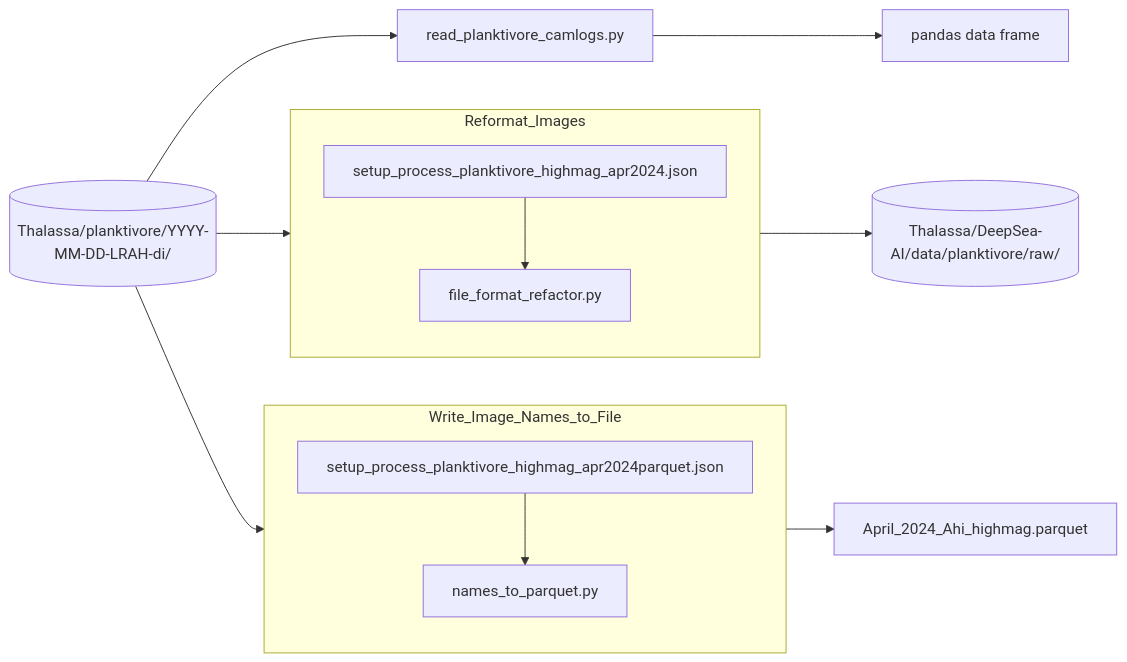
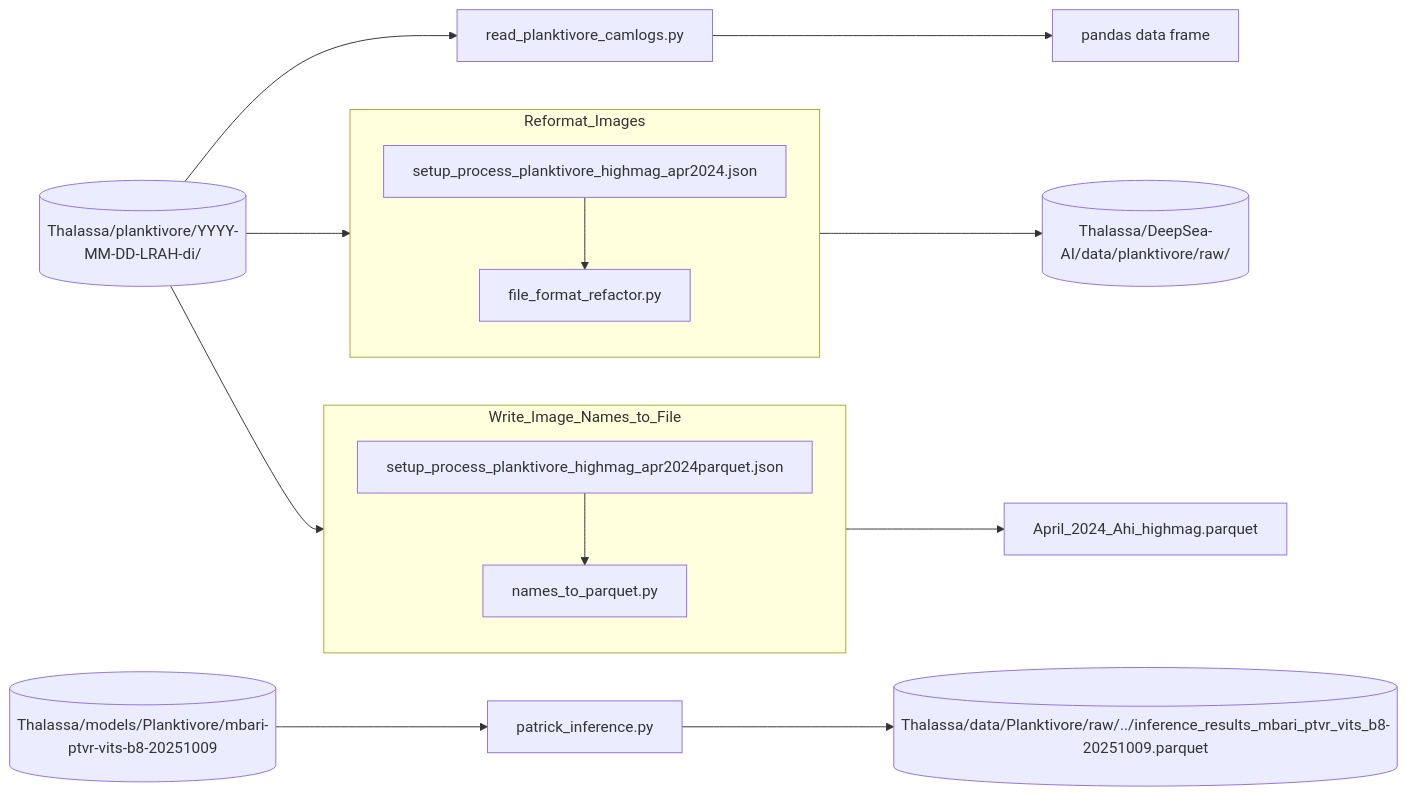
Before and after one commit to CeNCOOS/planktivore_processing_code: the diagram in mermaid.md, drawn with Mermaid.

Commit message:
added more to figure

````diff
--- a/mermaid.md
+++ b/mermaid.md
@@ -1,25 +1,29 @@
 ```mermaid
 flowchart LR
 
 I[(Thalassa/planktivore/YYYY-MM-DD-LRAH-di/)]
 J1[setup_process_planktivore_highmag_apr2024.json]
 P1[file_format_refactor.py]
 OI[(Thalassa/DeepSea-AI/data/planktivore/raw/)]
 J2[setup_process_planktivore_highmag_apr2024parquet.json]
 P2[names_to_parquet.py]
 O1[April_2024_Ahi_highmag.parquet]
 P3[read_planktivore_camlogs.py]
 O2[pandas data frame]
+M1[(Thalassa/models/Planktivore/mbari-ptvr-vits-b8-20251009)]
+P4[patrick_inference.py]
+O3[(Thalassa/data/Planktivore/raw/../inference_results_mbari_ptvr_vits_b8-20251009.parquet)]
 
    subgraph Reformat_Images
       direction TB
         J1-->P1
    end
    subgraph Write_Image_Names_to_File
       direction TB
          J2-->P2
    end
    I-->Reformat_Images-->OI
    I-->Write_Image_Names_to_File-->O1
    I-->P3-->O2
+   M1-->P4-->O3
 ```
````
